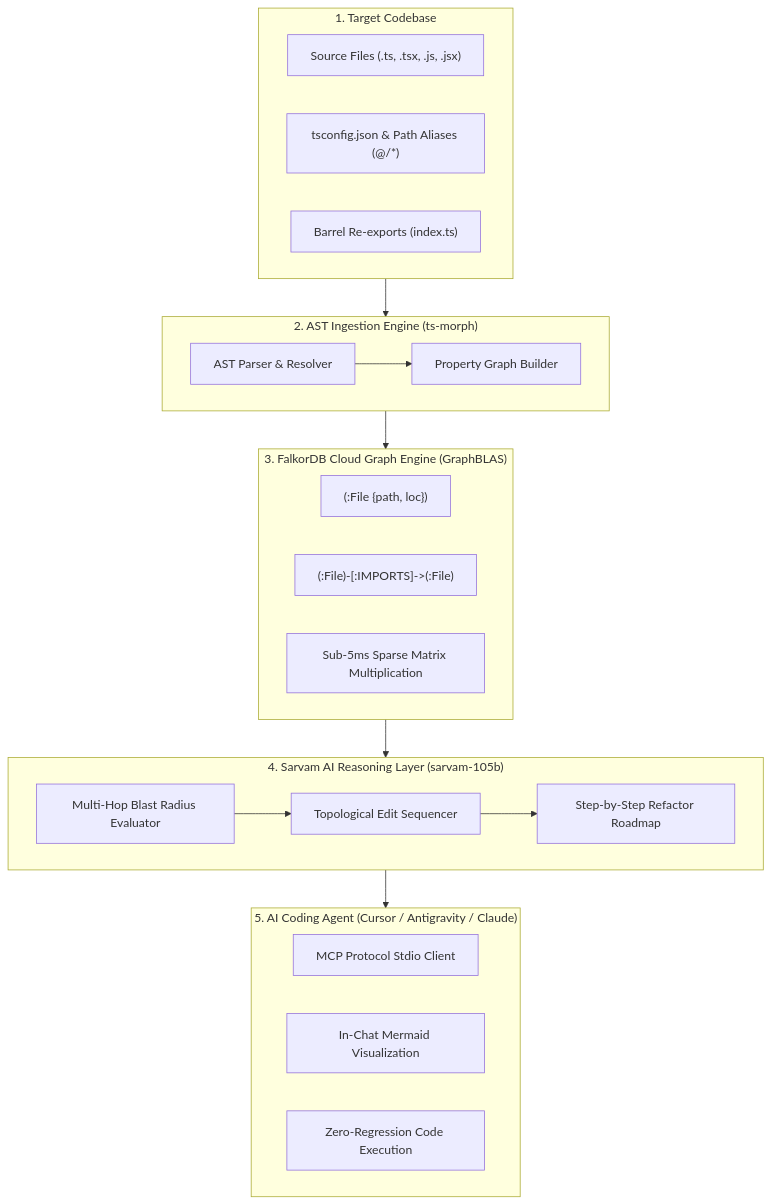
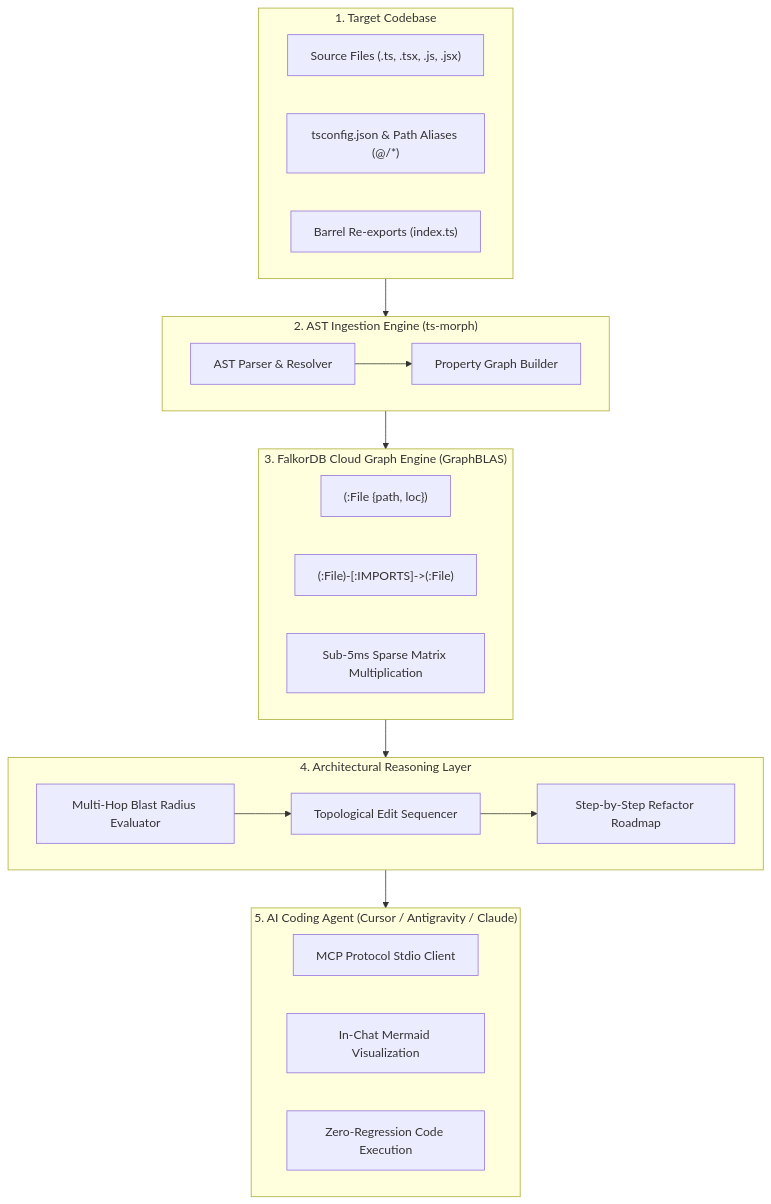
One commit to trivikramkalagi91-commits/Ripple changed the diagram in README.md. Above: the diagram before and after it, drawn with Mermaid. The commit also changed other lines of this file and 3 other files, not shown here.

````diff
--- a/README.md
+++ b/README.md
@@ -87,38 +41,38 @@
 ```mermaid
 flowchart TD
     subgraph TargetRepo["1. Target Codebase"]
         SourceFiles["Source Files (.ts, .tsx, .js, .jsx)"]
         TSConfig["tsconfig.json & Path Aliases (@/*)"]
         Barrels["Barrel Re-exports (index.ts)"]
     end
 
     subgraph Indexer["2. AST Ingestion Engine (ts-morph)"]
         Parser["AST Parser & Resolver"]
         GraphMapper["Property Graph Builder"]
         Parser --> GraphMapper
     end
 
     subgraph FalkorEngine["3. FalkorDB Cloud Graph Engine (GraphBLAS)"]
         Nodes["(:File {path, loc})"]
         Edges["(:File)-[:IMPORTS]->(:File)"]
         Sub5ms["Sub-5ms Sparse Matrix Multiplication"]
     end
 
-    subgraph SarvamIntelligence["4. Sarvam AI Reasoning Layer (sarvam-105b)"]
+    subgraph ReasoningLayer["4. Architectural Reasoning Layer"]
         BlastEval["Multi-Hop Blast Radius Evaluator"]
         TopoSort["Topological Edit Sequencer"]
         SafePlan["Step-by-Step Refactor Roadmap"]
         BlastEval --> TopoSort --> SafePlan
     end
 
     subgraph AgentClient["5. AI Coding Agent (Cursor / Antigravity / Claude)"]
         MCPClient["MCP Protocol Stdio Client"]
         InChatGraph["In-Chat Mermaid Visualization"]
         AutoExecution["Zero-Regression Code Execution"]
     end
 
     TargetRepo --> Indexer
     Indexer --> FalkorEngine
-    FalkorEngine --> SarvamIntelligence
-    SarvamIntelligence --> AgentClient
+    FalkorEngine --> ReasoningLayer
+    ReasoningLayer --> AgentClient
 ```
````
